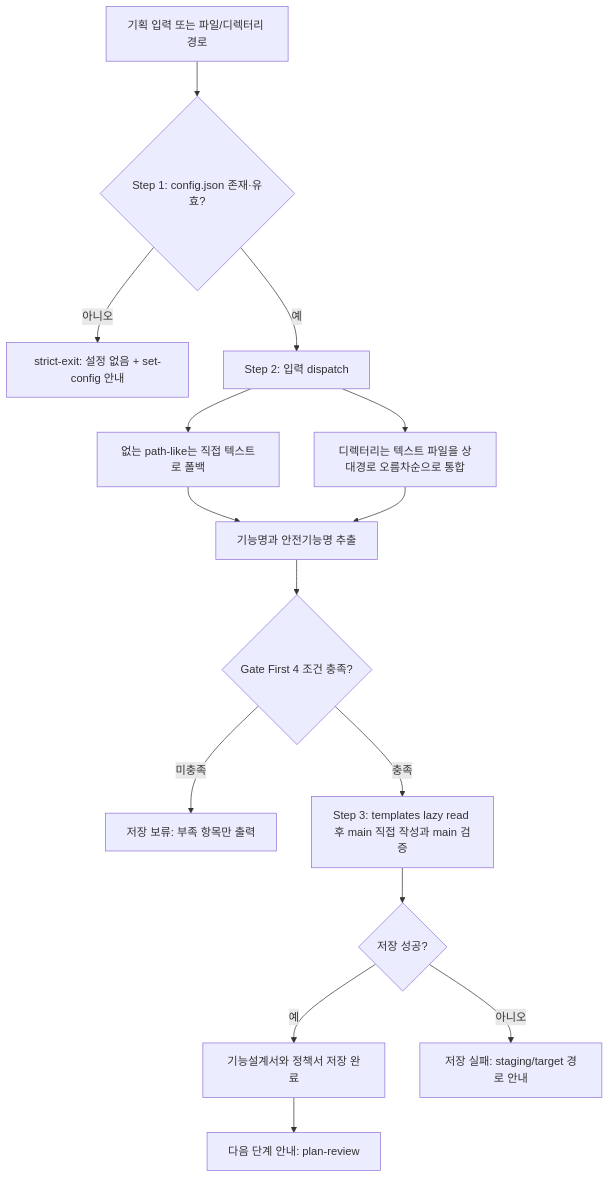
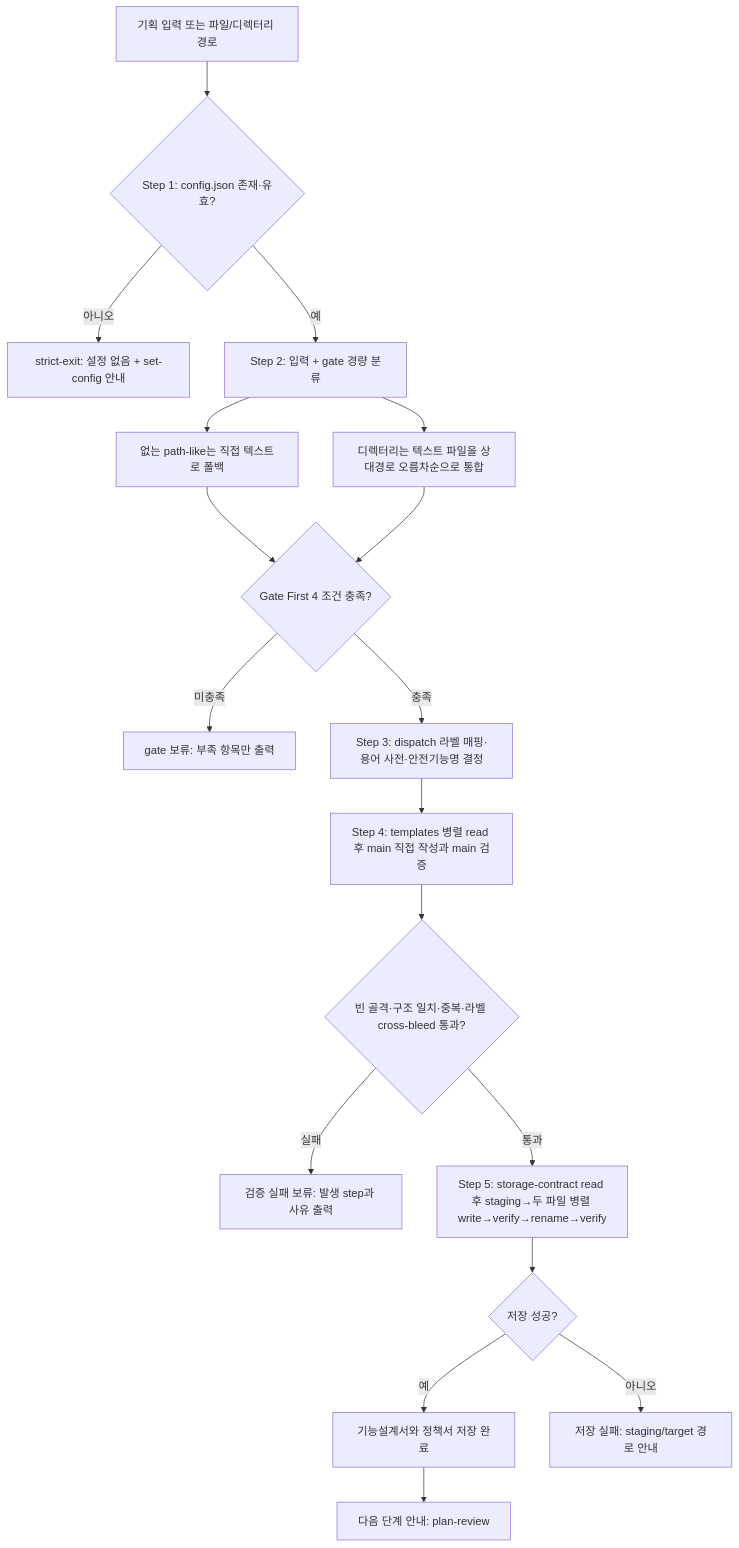
Before and after one commit to inkwonjung-colosseum/plugins: the third of 5 diagrams in product-team-kit/docs/skills-workflow.md, drawn with Mermaid. The commit also changed other lines of this file and 18 other files, not shown here.

````diff
--- a/product-team-kit/docs/skills-workflow.md
+++ b/product-team-kit/docs/skills-workflow.md
@@ -137,17 +137,20 @@
 ```mermaid
 flowchart TD
     A[기획 입력 또는 파일/디렉터리 경로] --> S1{Step 1: config.json 존재·유효?}
     S1 -- 아니오 --> S1X[strict-exit: 설정 없음 + set-config 안내]
-    S1 -- 예 --> B[Step 2: 입력 dispatch]
+    S1 -- 예 --> B[Step 2: 입력 + gate 경량 분류]
     B --> B1[없는 path-like는 직접 텍스트로 폴백]
     B --> B2[디렉터리는 텍스트 파일을 상대경로 오름차순으로 통합]
-    B1 --> C[기능명과 안전기능명 추출]
-    B2 --> C
-    C --> D{Gate First 4 조건 충족?}
-    D -- 미충족 --> E[저장 보류: 부족 항목만 출력]
-    D -- 충족 --> H[Step 3: templates lazy read 후 main 직접 작성과 main 검증]
-    H --> N{저장 성공?}
+    B1 --> D{Gate First 4 조건 충족?}
+    B2 --> D
+    D -- 미충족 --> E[gate 보류: 부족 항목만 출력]
+    D -- 충족 --> G[Step 3: dispatch 라벨 매핑·용어 사전·안전기능명 결정]
+    G --> H[Step 4: templates 병렬 read 후 main 직접 작성과 main 검증]
+    H --> V{빈 골격·구조 일치·중복·라벨 cross-bleed 통과?}
+    V -- 실패 --> R[검증 실패 보류: 발생 step과 사유 출력]
+    V -- 통과 --> S[Step 5: storage-contract read 후 staging→두 파일 병렬 write→verify→rename→verify]
+    S --> N{저장 성공?}
     N -- 예 --> O[기능설계서와 정책서 저장 완료]
     N -- 아니오 --> P[저장 실패: staging/target 경로 안내]
     O --> Q[다음 단계 안내: plan-review]
 ```
````
